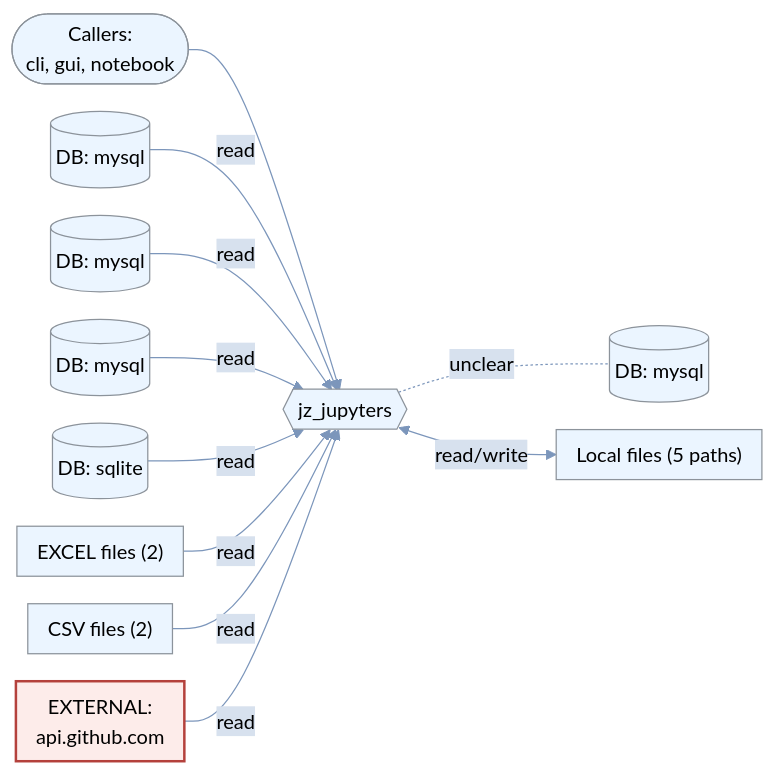
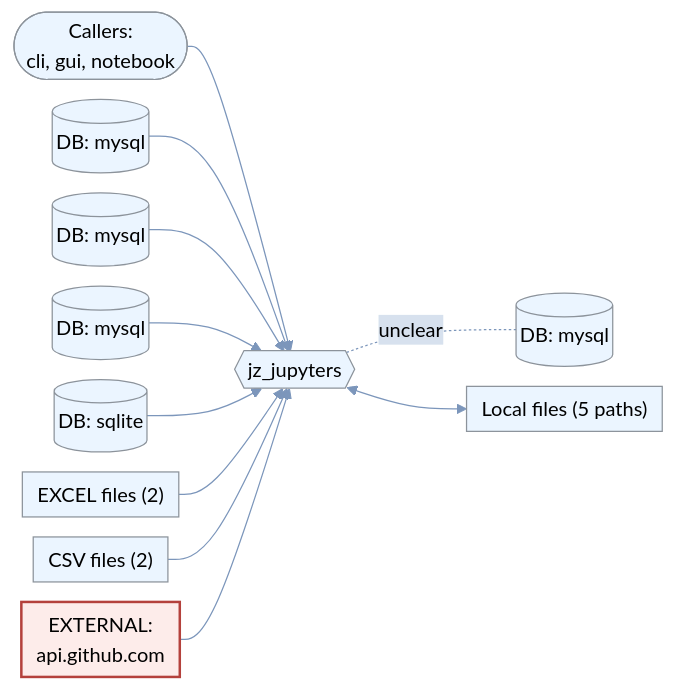
Before and after one commit to johnzastrow/Roux7375Testresults: diagram 11 of 42 in outputs/johnzastrow_Summary.md, drawn with Mermaid. The commit also changed other lines of this file, not shown here.

First line of the commit message:
Enlarge data flow diagram text for letter-size printing

````diff
--- a/outputs/johnzastrow_Summary.md
+++ b/outputs/johnzastrow_Summary.md
@@ -986,26 +986,26 @@
 ```mermaid
-%%{init: {"theme":"base","flowchart":{"useMaxWidth":true,"nodeSpacing":22,"rankSpacing":45,"padding":8},"themeVariables":{"background":"#ffffff","primaryColor":"#ebf5ff","primaryTextColor":"#000000","primaryBorderColor":"#8c939b","lineColor":"#7c96bb","secondaryColor":"#d7e1ee","tertiaryColor":"#c3d2e5","fontFamily":"\"Inter\", \"Noto Sans SC\", sans-serif","fontSize":"14","pie1":"#b4413c","pie2":"#d9893b","pie3":"#7c96bb","pie4":"#73A78D","pie5":"#CB9B7A","pie6":"#6B8CAE","pie7":"#c3d2e5","pie8":"#8c939b"}}}%%
+%%{init: {"theme":"base","flowchart":{"useMaxWidth":true,"nodeSpacing":16,"rankSpacing":38,"padding":6},"themeVariables":{"background":"#ffffff","primaryColor":"#ebf5ff","primaryTextColor":"#000000","primaryBorderColor":"#8c939b","lineColor":"#7c96bb","secondaryColor":"#d7e1ee","tertiaryColor":"#c3d2e5","fontFamily":"\"Inter\", \"Noto Sans SC\", sans-serif","fontSize":"17","pie1":"#b4413c","pie2":"#d9893b","pie3":"#7c96bb","pie4":"#73A78D","pie5":"#CB9B7A","pie6":"#6B8CAE","pie7":"#c3d2e5","pie8":"#8c939b"}}}%%
 flowchart LR
     APP{{"jz_jupyters"}}
     U(["Callers:<br>cli, gui, notebook"]) --> APP
     D1[("DB: mysql")]
-    D1 -->|read| APP
+    D1 --> APP
     D2[("DB: mysql")]
-    D2 -->|read| APP
+    D2 --> APP
     D3[("DB: mysql")]
-    D3 -->|read| APP
+    D3 --> APP
     D4[("DB: mysql")]
     APP -.-|unclear| D4
     D5[("DB: sqlite")]
-    D5 -->|read| APP
+    D5 --> APP
     O6["EXCEL files (2)"]
-    O6 -->|read| APP
+    O6 --> APP
     O7["CSV files (2)"]
-    O7 -->|read| APP
+    O7 --> APP
     F8["Local files (5 paths)"]
-    APP <-->|read/write| F8
+    APP <--> F8
     E9["EXTERNAL:<br>api.github.com"]
-    E9 -->|read| APP
+    E9 --> APP
     class E9 ext
     classDef ext fill:#fdecea,stroke:#b4413c,stroke-width:2px,color:#000000
 ```
````
